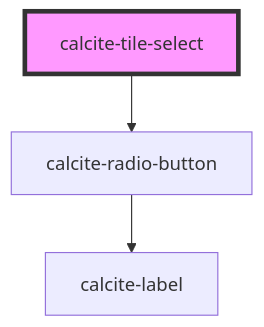
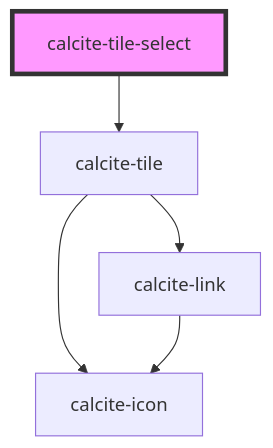
The diagram in src/components/calcite-tile-select/readme.md (Esri/calcite-design-system), drawn with Mermaid before and after one commit. The commit also changed other lines of this file and 6 other files, not shown here.

````diff
--- a/src/components/calcite-tile-select/readme.md
+++ b/src/components/calcite-tile-select/readme.md
@@ -20,6 +30,8 @@
 ```mermaid
 graph TD;
-  calcite-tile-select --> calcite-radio-button
-  calcite-radio-button --> calcite-label
+  calcite-tile-select --> calcite-tile
+  calcite-tile --> calcite-icon
+  calcite-tile --> calcite-link
+  calcite-link --> calcite-icon
   style calcite-tile-select fill:#f9f,stroke:#333,stroke-width:4px
 ```
````
